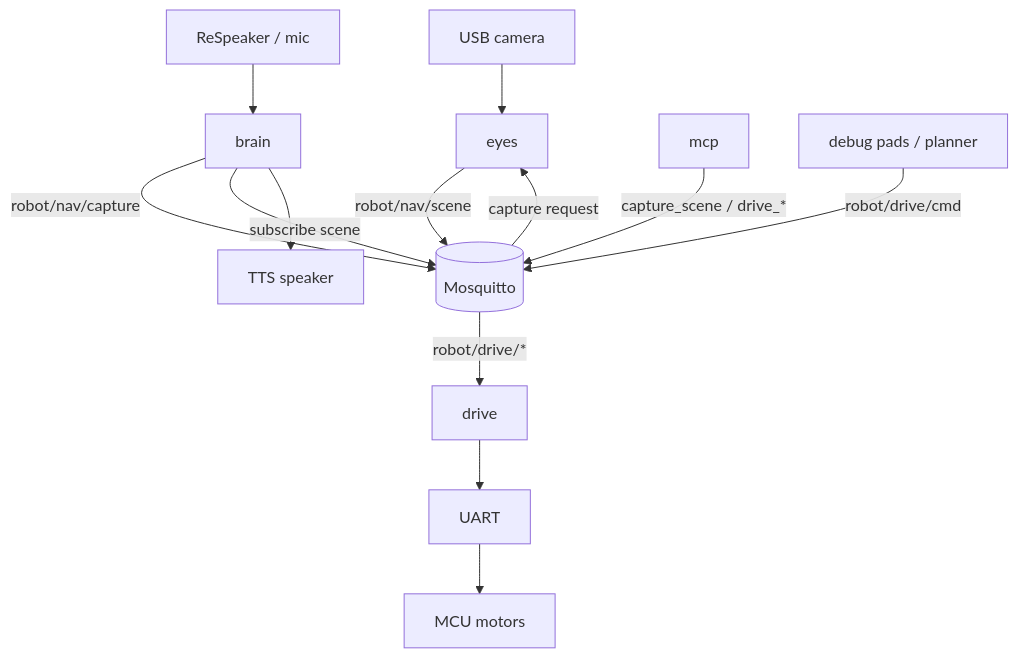
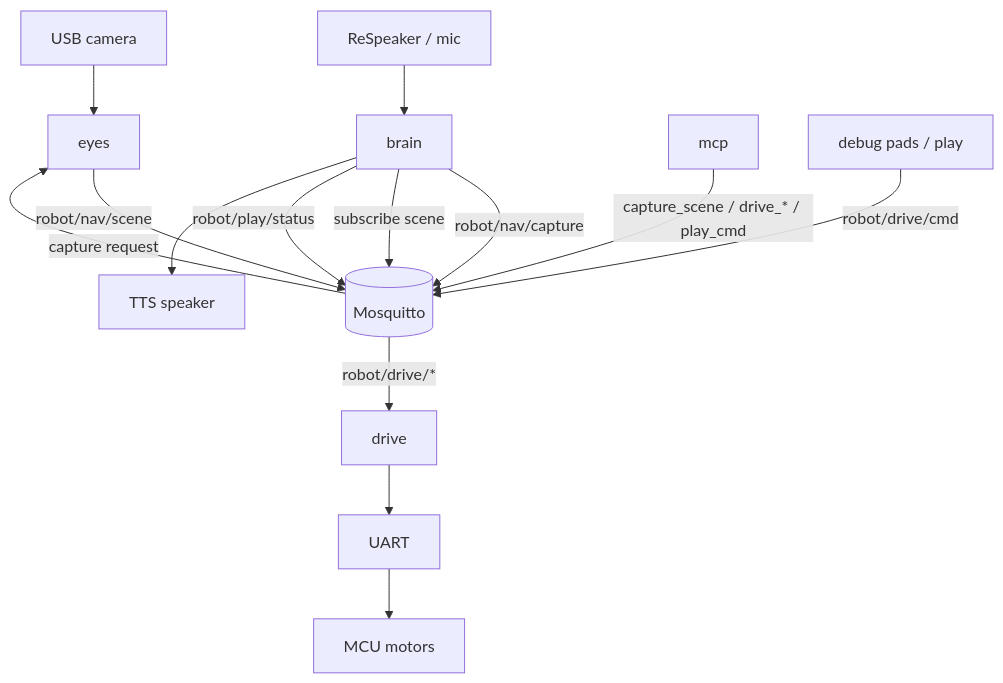
One commit to smart-puppet/docs changed the diagram in architecture.md. Above: the diagram before and after it, drawn with Mermaid. The commit also changed other lines of this file and 3 other files, not shown here.

First line of the commit message:
Document play movement, reverse nudges, and robot/log topics.

````diff
--- a/architecture.md
+++ b/architecture.md
@@ -14,14 +14,15 @@
 ```mermaid
 flowchart TB
   cam[USB camera] --> eyes
   brain -->|"robot/nav/capture"| bus[(Mosquitto)]
-  mcp -->|"capture_scene / drive_*"| bus
+  mcp -->|"capture_scene / drive_* / play_cmd"| bus
   bus -->|"capture request"| eyes
   eyes -->|"robot/nav/scene"| bus
   brain -->|"subscribe scene"| bus
-  pad[debug pads / planner] -->|"robot/drive/cmd"| bus
+  brain -->|"robot/play/status"| bus
+  pad[debug pads / play] -->|"robot/drive/cmd"| bus
   bus -->|"robot/drive/*"| drive
   drive --> uart[UART] --> mcu[MCU motors]
   mic[ReSpeaker / mic] --> brain
   brain --> speaker[TTS speaker]
 ```
````
